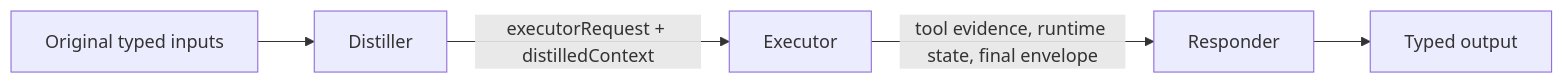
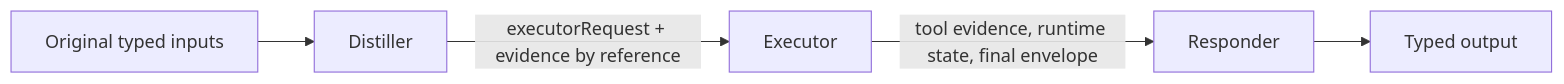
The first of 4 diagrams in website/content-src/templates/concept-agents.md (ax-llm/ax), drawn with Mermaid before and after one commit. The commit also changed other lines of this file and 3 other files, not shown here.

````diff
--- a/website/content-src/templates/concept-agents.md
+++ b/website/content-src/templates/concept-agents.md
@@ -24,7 +24,7 @@
 ```mermaid
 flowchart LR
   A[Original typed inputs] --> B[Distiller]
-  B -->|executorRequest + distilledContext| C[Executor]
+  B -->|executorRequest + evidence by reference| C[Executor]
   C -->|tool evidence, runtime state, final envelope| D[Responder]
   D --> E[Typed output]
 ```
````
